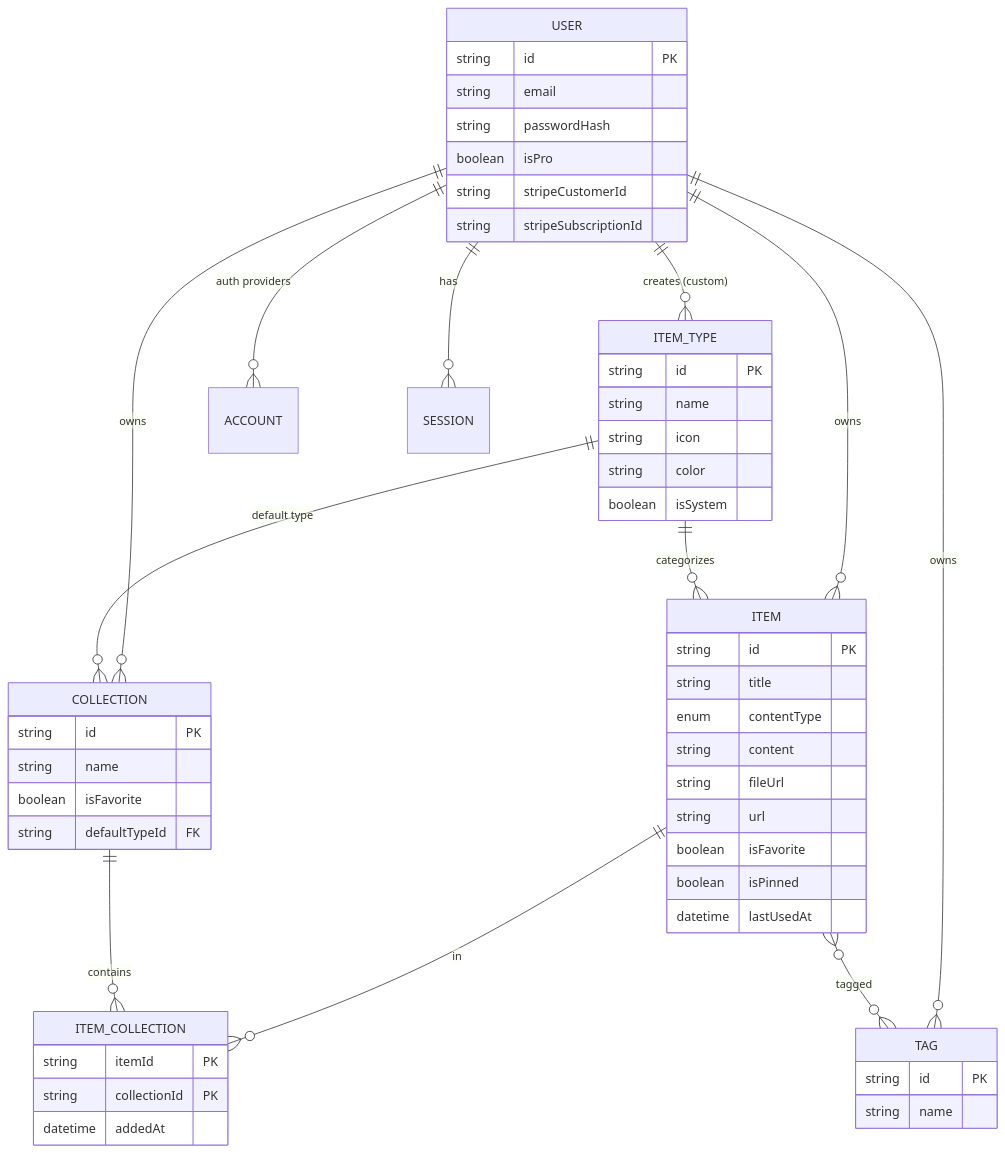
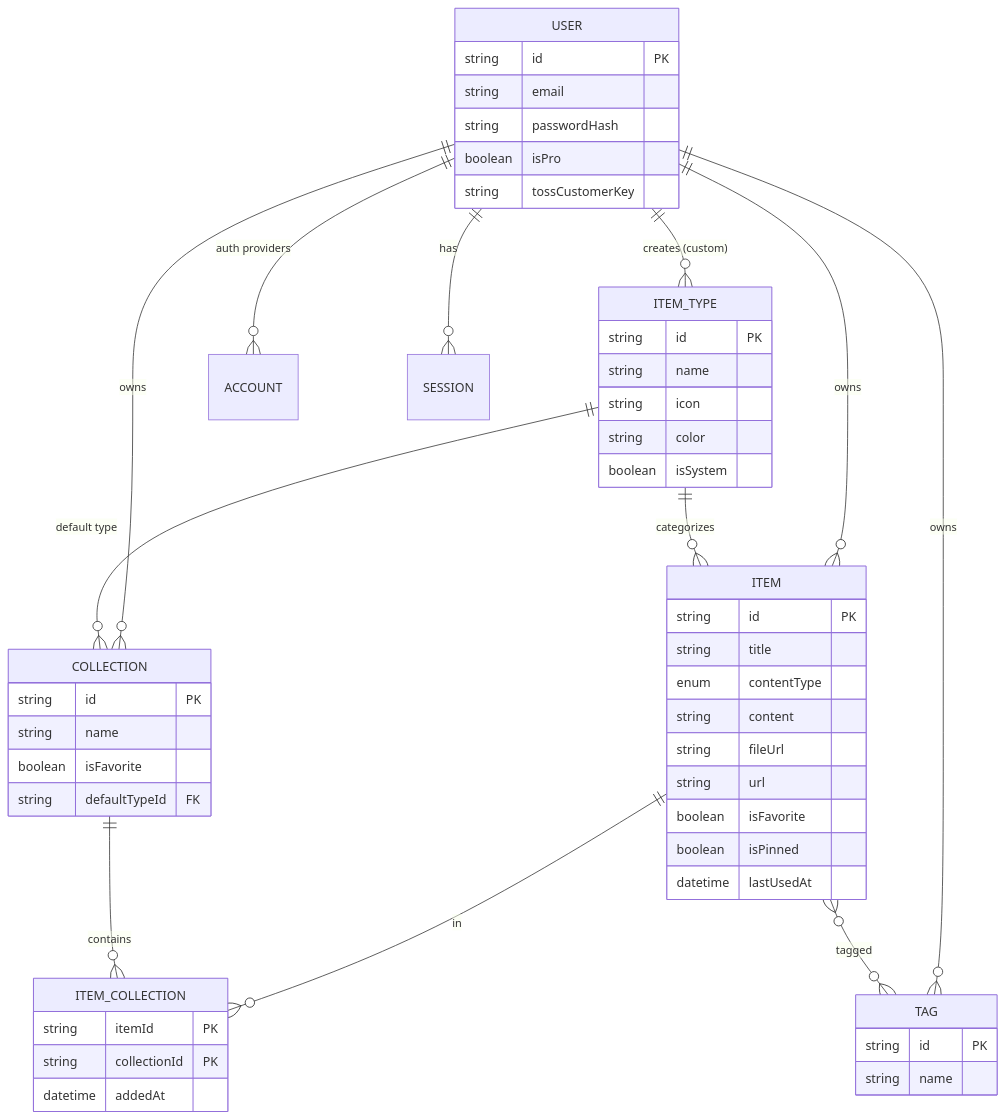
Before and after one commit to sardordev11/devlore: the first of 3 diagrams in context/project-overview.md, drawn with Mermaid. The commit also changed other lines of this file and 48 other files, not shown here.

First line of the commit message:
feat: add Toss Pay billing flow, renewals and plan gating

````diff
--- a/context/project-overview.md
+++ b/context/project-overview.md
@@ -131,59 +131,58 @@
 ```mermaid
 erDiagram
     USER ||--o{ ITEM : owns
     USER ||--o{ COLLECTION : owns
     USER ||--o{ ITEM_TYPE : "creates (custom)"
     USER ||--o{ TAG : owns
     USER ||--o{ ACCOUNT : "auth providers"
     USER ||--o{ SESSION : has
 
     ITEM_TYPE ||--o{ ITEM : categorizes
     ITEM_TYPE ||--o{ COLLECTION : "default type"
 
     ITEM ||--o{ ITEM_COLLECTION : "in"
     COLLECTION ||--o{ ITEM_COLLECTION : contains
 
     ITEM }o--o{ TAG : tagged
 
     USER {
         string id PK
         string email
         string passwordHash
         boolean isPro
-        string stripeCustomerId
-        string stripeSubscriptionId
+        string tossCustomerKey
     }
     ITEM {
         string id PK
         string title
         enum contentType
         string content
         string fileUrl
         string url
         boolean isFavorite
         boolean isPinned
         datetime lastUsedAt
     }
     ITEM_TYPE {
         string id PK
         string name
         string icon
         string color
         boolean isSystem
     }
     COLLECTION {
         string id PK
         string name
         boolean isFavorite
         string defaultTypeId FK
     }
     ITEM_COLLECTION {
         string itemId PK
         string collectionId PK
         datetime addedAt
     }
     TAG {
         string id PK
         string name
     }
 ```
````
